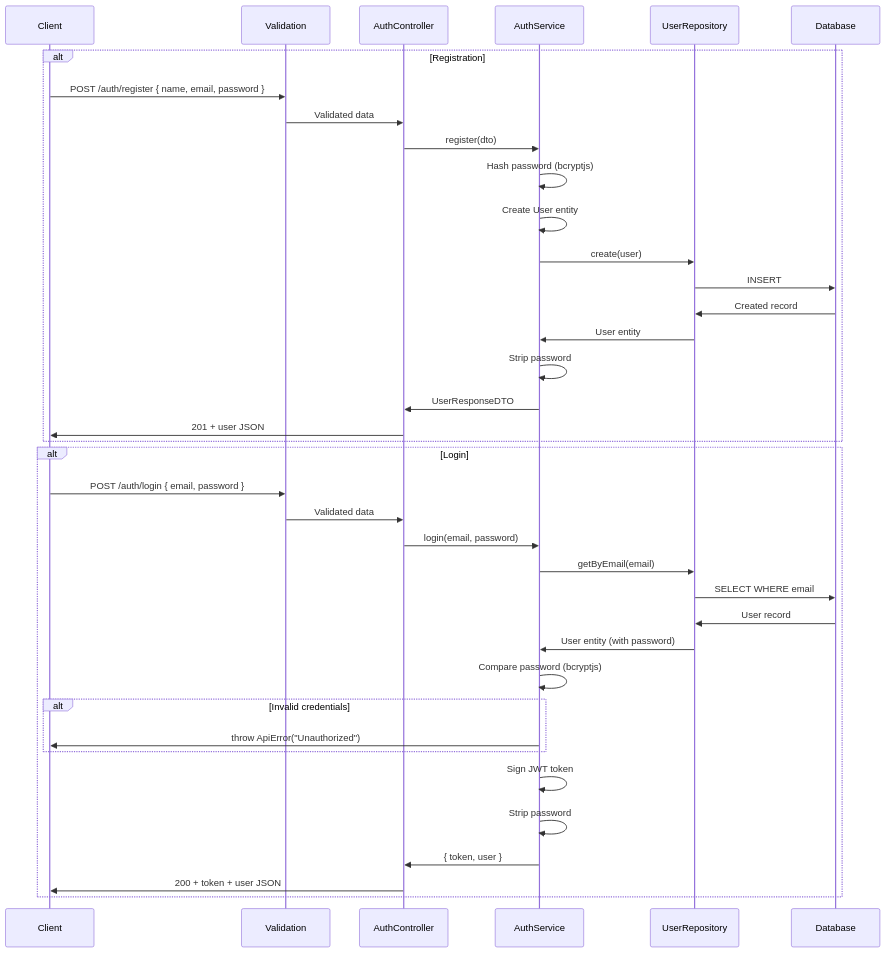
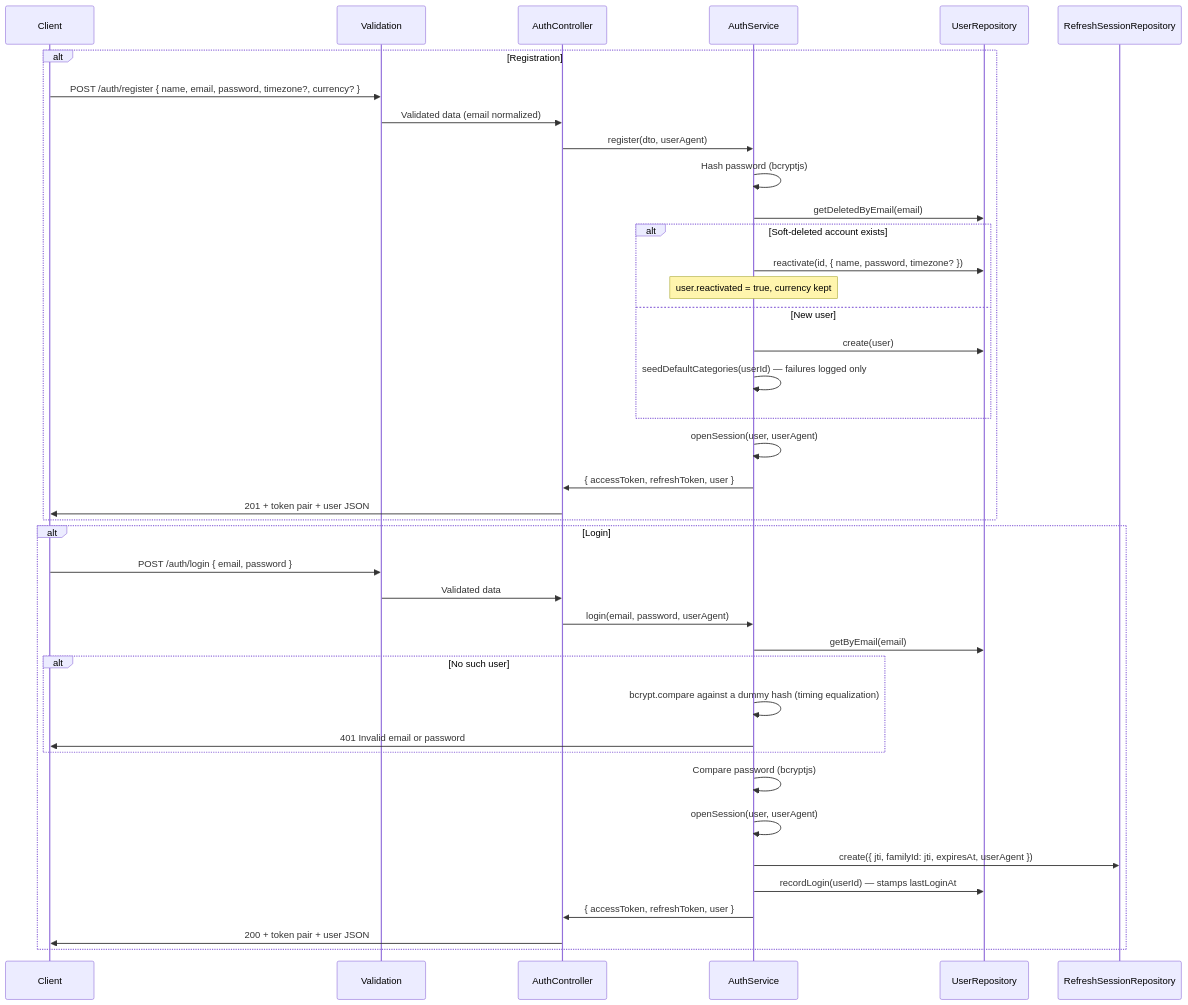
The first of 2 diagrams in docs/modules/auth.md (alex16jpv/lag-money-manager), drawn with Mermaid before and after one commit. The commit also changed other lines of this file and 37 other files, not shown here.

````diff
--- a/docs/modules/auth.md
+++ b/docs/modules/auth.md
@@ -76,42 +127,44 @@
 ```mermaid
 sequenceDiagram
     participant C as Client
     participant V as Validation
     participant CTRL as AuthController
     participant SVC as AuthService
     participant REPO as UserRepository
-    participant DB as Database
+    participant SESS as RefreshSessionRepository
 
     alt Registration
-        C->>V: POST /auth/register { name, email, password }
-        V->>CTRL: Validated data
-        CTRL->>SVC: register(dto)
+        C->>V: POST /auth/register { name, email, password, timezone?, currency? }
+        V->>CTRL: Validated data (email normalized)
+        CTRL->>SVC: register(dto, userAgent)
         SVC->>SVC: Hash password (bcryptjs)
-        SVC->>SVC: Create User entity
-        SVC->>REPO: create(user)
-        REPO->>DB: INSERT
-        DB->>REPO: Created record
-        REPO->>SVC: User entity
-        SVC->>SVC: Strip password
-        SVC->>CTRL: UserResponseDTO
-        CTRL->>C: 201 + user JSON
+        SVC->>REPO: getDeletedByEmail(email)
+        alt Soft-deleted account exists
+            SVC->>REPO: reactivate(id, { name, password, timezone? })
+            Note over SVC: user.reactivated = true, currency kept
+        else New user
+            SVC->>REPO: create(user)
+            SVC->>SVC: seedDefaultCategories(userId) — failures logged only
+        end
+        SVC->>SVC: openSession(user, userAgent)
+        SVC->>CTRL: { accessToken, refreshToken, user }
+        CTRL->>C: 201 + token pair + user JSON
     end
 
     alt Login
         C->>V: POST /auth/login { email, password }
         V->>CTRL: Validated data
-        CTRL->>SVC: login(email, password)
+        CTRL->>SVC: login(email, password, userAgent)
         SVC->>REPO: getByEmail(email)
-        REPO->>DB: SELECT WHERE email
-        DB->>REPO: User record
-        REPO->>SVC: User entity (with password)
+        alt No such user
+            SVC->>SVC: bcrypt.compare against a dummy hash (timing equalization)
+            SVC->>C: 401 Invalid email or password
+        end
         SVC->>SVC: Compare password (bcryptjs)
-        alt Invalid credentials
-            SVC->>C: throw ApiError("Unauthorized")
-        end
-        SVC->>SVC: Sign JWT token
-        SVC->>SVC: Strip password
-        SVC->>CTRL: { token, user }
-        CTRL->>C: 200 + token + user JSON
+        SVC->>SVC: openSession(user, userAgent)
+        SVC->>SESS: create({ jti, familyId: jti, expiresAt, userAgent })
+        SVC->>REPO: recordLogin(userId) — stamps lastLoginAt
+        SVC->>CTRL: { accessToken, refreshToken, user }
+        CTRL->>C: 200 + token pair + user JSON
     end
 ```
````
